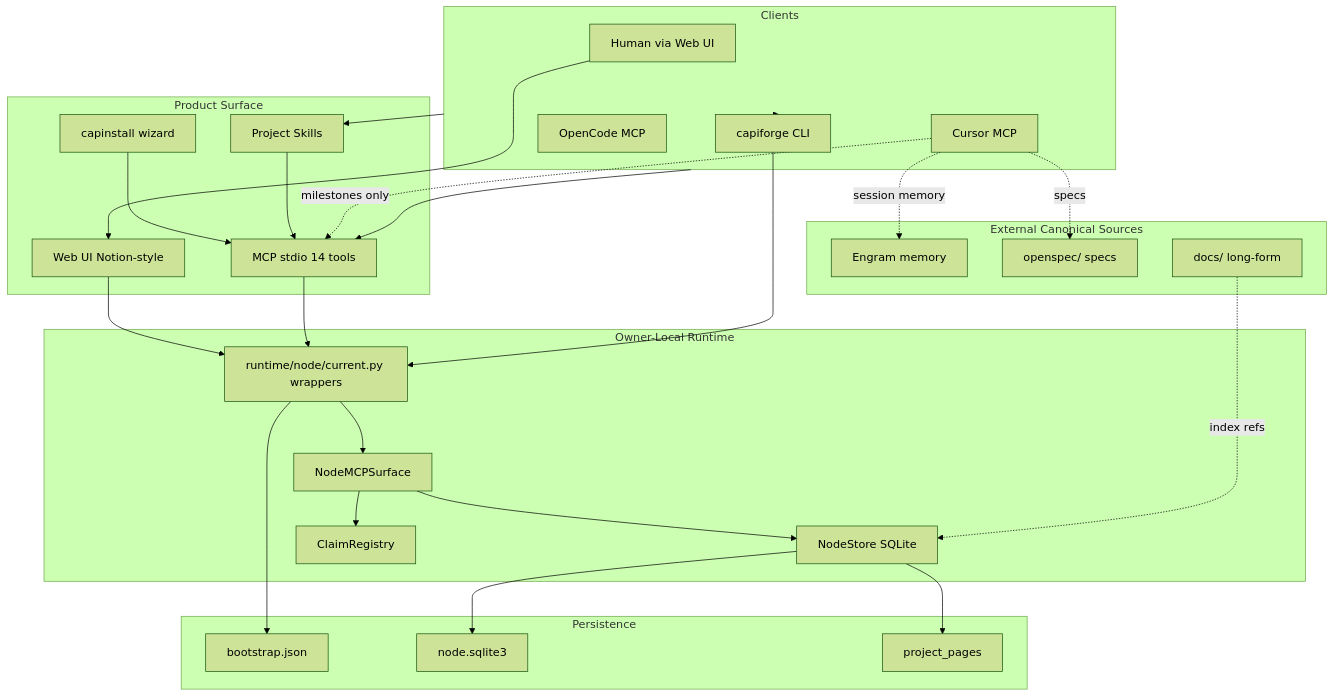
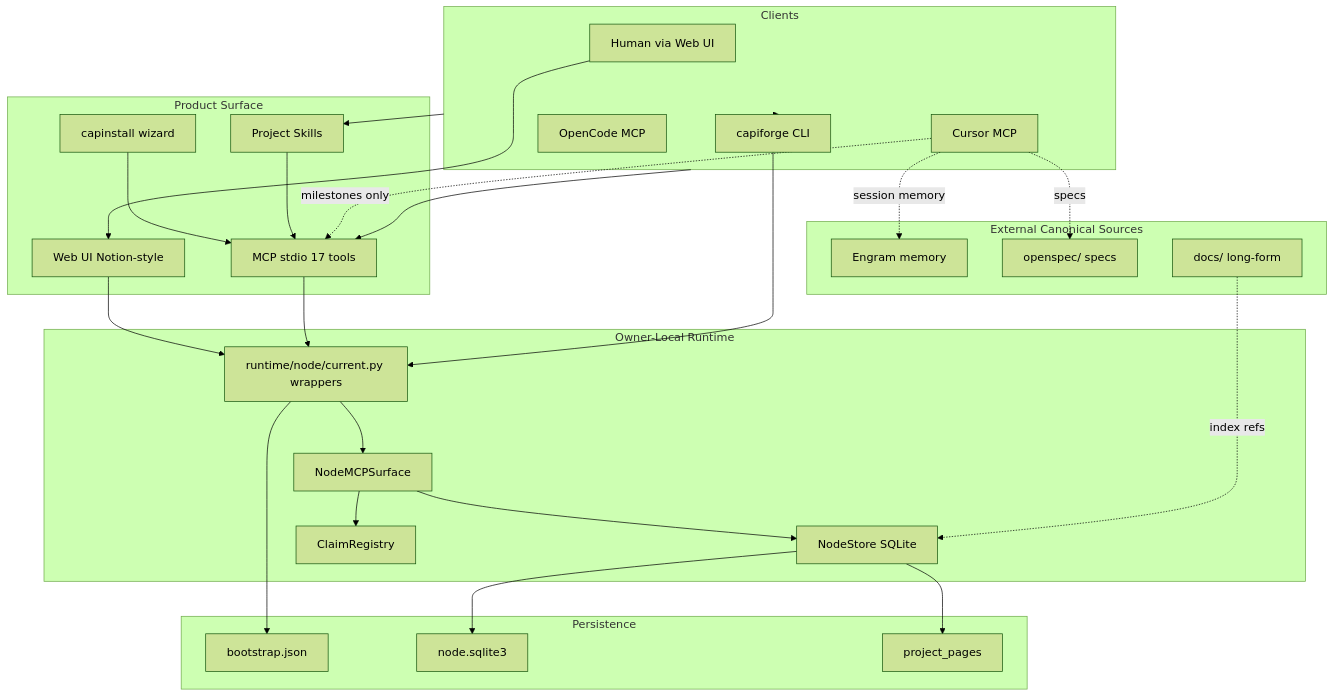
One commit to RodrigoGorostiague/CapiForge changed the diagram in docs/architecture-v01.md. Above: the diagram before and after it, drawn with Mermaid (forest theme). The commit also changed other lines of this file and 91 other files, not shown here.

````diff
--- a/docs/architecture-v01.md
+++ b/docs/architecture-v01.md
@@ -11,50 +11,50 @@
 ```mermaid
 flowchart TB
     subgraph clients [Clients]
         Human[Human via Web UI]
         Cursor[Cursor MCP]
         OpenCode[OpenCode MCP]
         CLI[capiforge CLI]
     end
     subgraph surface [Product Surface]
         Skills[Project Skills]
-        MCP[MCP stdio 14 tools]
+        MCP[MCP stdio 17 tools]
         WebUI[Web UI Notion-style]
         Capinstall[capinstall wizard]
     end
     subgraph runtime [Owner-Local Runtime]
         Current[runtime/node/current.py wrappers]
         Surface[NodeMCPSurface]
         Store[NodeStore SQLite]
         Claims[ClaimRegistry]
     end
     subgraph data [Persistence]
         Bootstrap[bootstrap.json]
         DB[node.sqlite3]
         Pages[project_pages]
     end
     subgraph external [External Canonical Sources]
         Engram[Engram memory]
         OpenSpec[openspec/ specs]
         RepoDocs[docs/ long-form]
     end
     Human --> WebUI
     clients --> Skills
     clients --> MCP
     clients --> CLI
     Capinstall --> MCP
     Skills --> MCP
     WebUI --> Current
     MCP --> Current
     CLI --> Current
     Current --> Surface
     Surface --> Store
     Surface --> Claims
     Store --> DB
     Store --> Pages
     Current --> Bootstrap
     Cursor -.->|milestones only| MCP
     Cursor -.->|session memory| Engram
     Cursor -.->|specs| OpenSpec
     RepoDocs -.->|index refs| Store
 ```
````
